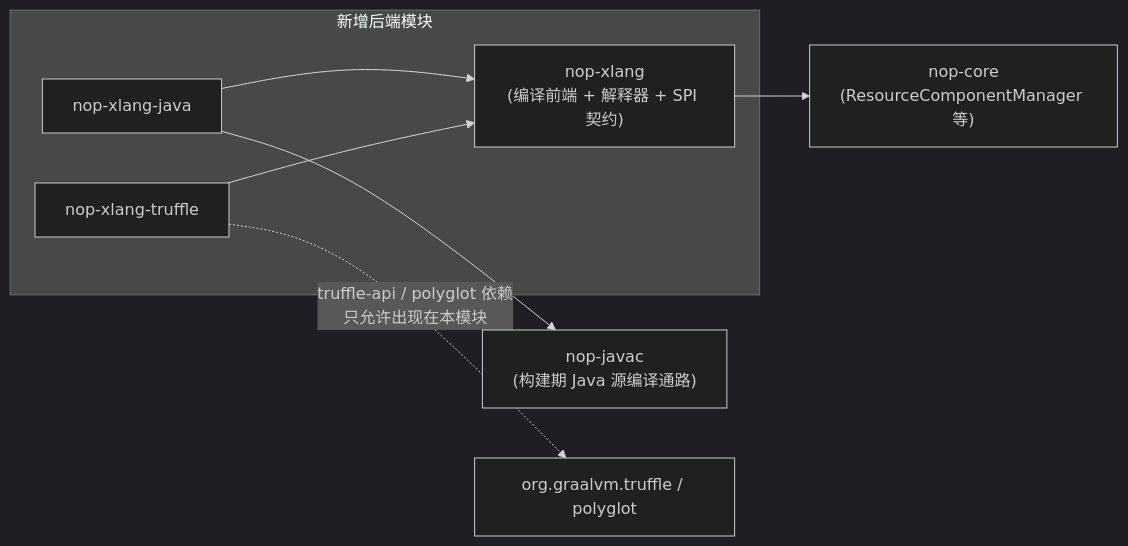
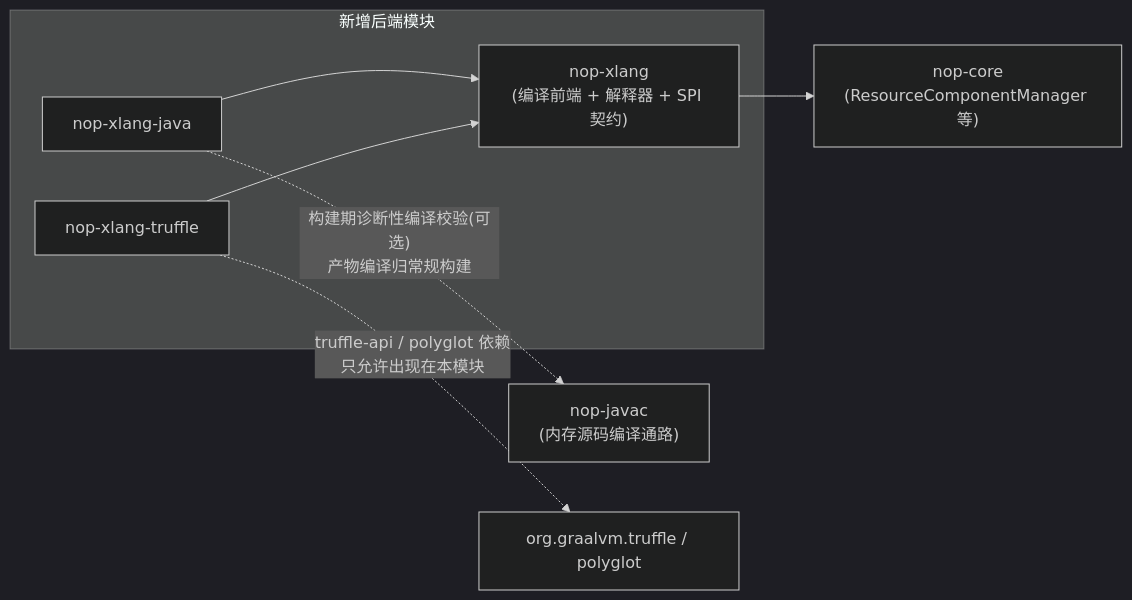
Before and after one commit to entropy-cloud/nop-entropy: the diagram in ai-dev/design/xlang-execution/01-architecture-baseline.md, drawn with Mermaid (dark theme). The commit also changed other lines of this file and 14 other files, not shown here.

````diff
--- a/ai-dev/design/xlang-execution/01-architecture-baseline.md
+++ b/ai-dev/design/xlang-execution/01-architecture-baseline.md
@@ -18,10 +18,10 @@
 ```mermaid
 graph LR
     subgraph 新增后端模块
         XJ["nop-xlang-java"] --> XL["nop-xlang<br/>(编译前端 + 解释器 + SPI 契约)"]
         XT["nop-xlang-truffle"] --> XL
     end
-    XJ --> NJ["nop-javac<br/>(构建期 Java 源编译通路)"]
+    XJ -. "构建期诊断性编译校验(可选)<br/>产物编译归常规构建" .-> NJ["nop-javac<br/>(内存源码编译通路)"]
     XL --> NC["nop-core<br/>(ResourceComponentManager 等)"]
     XT -. "truffle-api / polyglot 依赖<br/>只允许出现在本模块" .-> G["org.graalvm.truffle / polyglot"]
 ```
````
